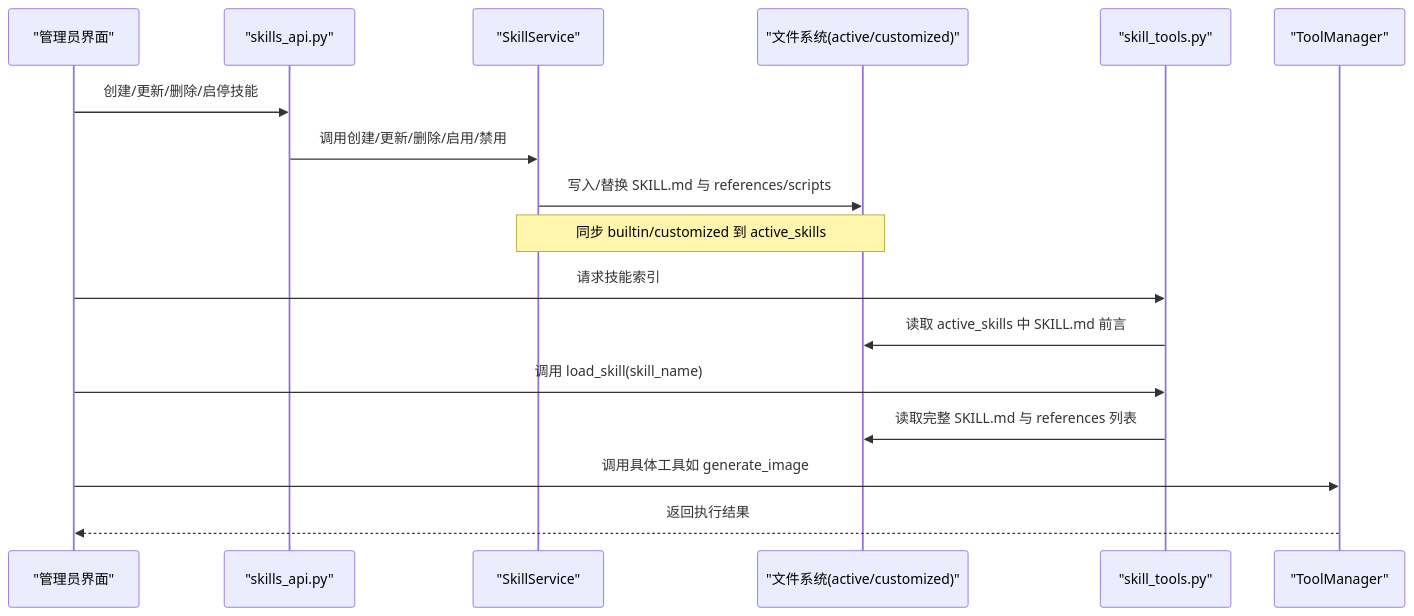
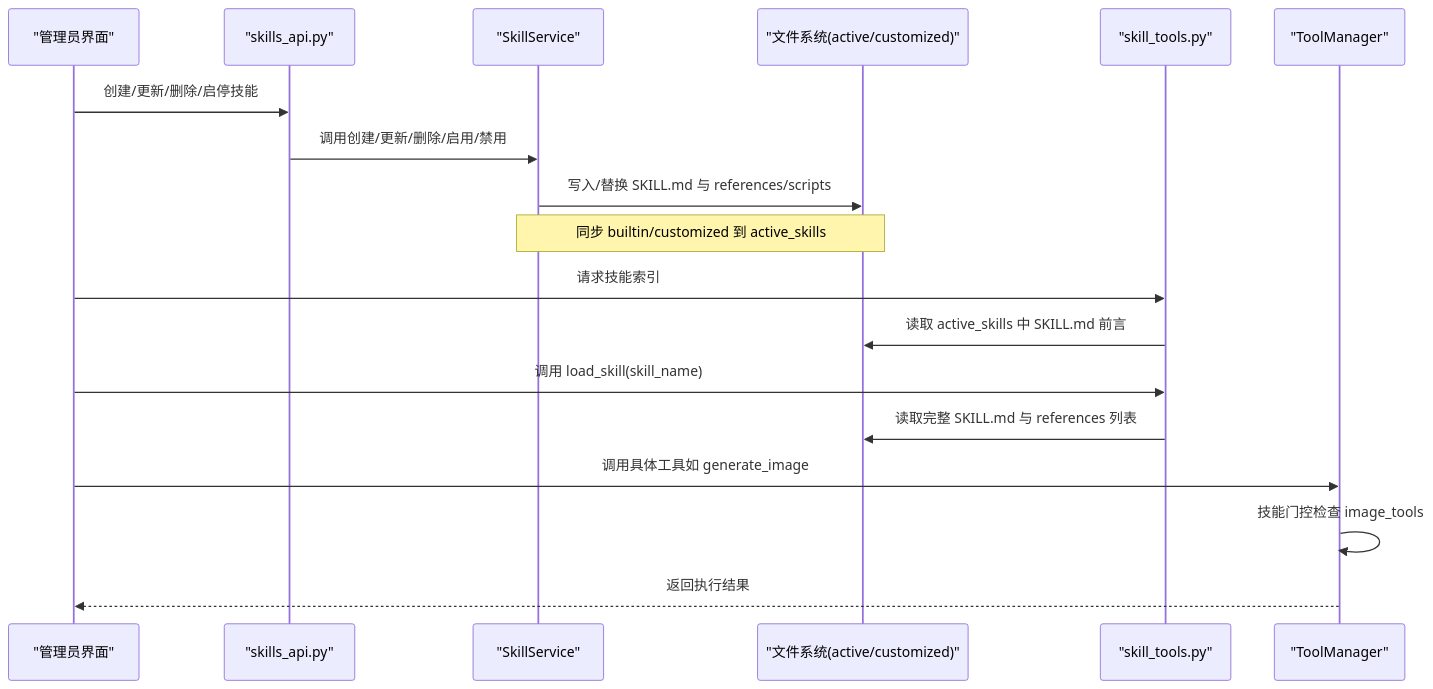
One commit to KunLabAI/KunFlix changed the second of 9 diagrams in .qoder/repowiki/zh/content/开发者指南/技能开发指南.md. Above: the diagram before and after it, drawn with Mermaid. The commit also changed other lines of this file and 78 other files, not shown here.

````diff
--- a/.qoder/repowiki/zh/content/开发者指南/技能开发指南.md
+++ b/.qoder/repowiki/zh/content/开发者指南/技能开发指南.md
@@ -93,19 +101,20 @@
 ```mermaid
 sequenceDiagram
 participant Admin as "管理员界面"
 participant API as "skills_api.py"
 participant Svc as "SkillService"
 participant FS as "文件系统(active/customized)"
 participant Prompt as "skill_tools.py"
 participant TM as "ToolManager"
 Admin->>API : 创建/更新/删除/启停技能
 API->>Svc : 调用创建/更新/删除/启用/禁用
 Svc->>FS : 写入/替换 SKILL.md 与 references/scripts
 Note over Svc,FS : 同步 builtin/customized 到 active_skills
 Admin->>Prompt : 请求技能索引
 Prompt->>FS : 读取 active_skills 中 SKILL.md 前言
 Admin->>Prompt : 调用 load_skill(skill_name)
 Prompt->>FS : 读取完整 SKILL.md 与 references 列表
 Admin->>TM : 调用具体工具如 generate_image
+TM->>TM : 技能门控检查 image_tools
 TM-->>Admin : 返回执行结果
 ```
````
